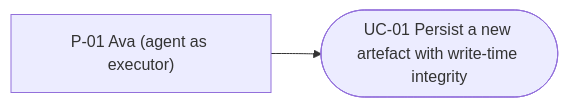
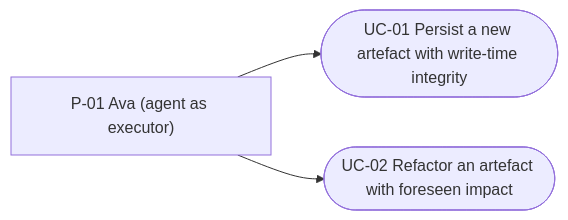
The diagram in docs/product-specs/use-cases/index.md (VictorHueni/clew), drawn with Mermaid before and after one commit. The commit also changed other lines of this file and 2 other files, not shown here.

First line of the commit message:
docs(use-cases): UC-02 refactor an artefact with foreseen impact

````diff
--- a/docs/product-specs/use-cases/index.md
+++ b/docs/product-specs/use-cases/index.md
@@ -29,6 +35,8 @@
 ```mermaid
 flowchart LR
   ava["P-01 Ava (agent as executor)"]
   uc1(["UC-01 Persist a new artefact with write-time integrity"])
+  uc2(["UC-02 Refactor an artefact with foreseen impact"])
   ava --> uc1
+  ava --> uc2
 ```
````
